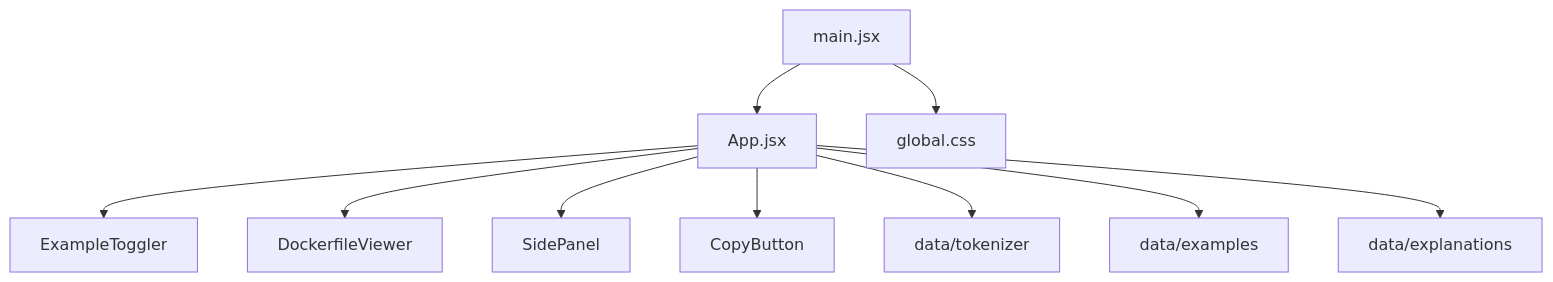
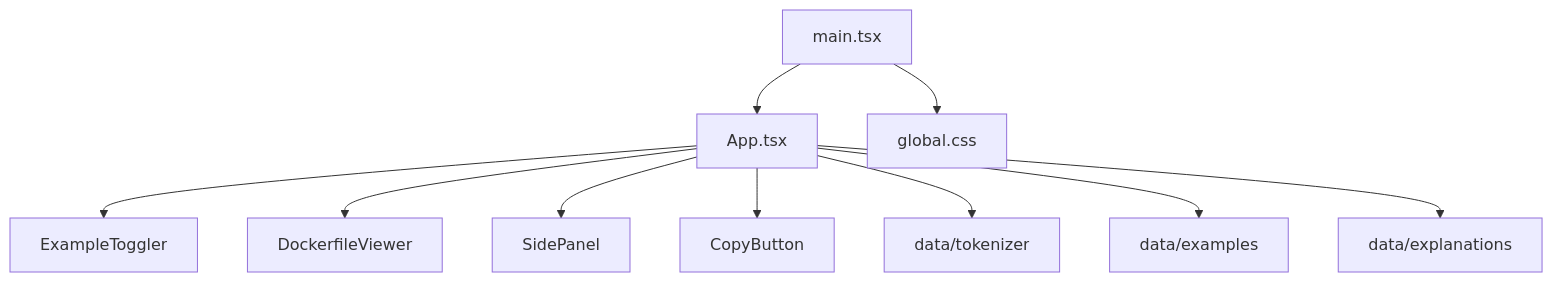
One commit to abraham/dockerfile-pub changed the second of 2 diagrams in docs/specs/site-architecture.md. Above: the diagram before and after it, drawn with Mermaid. The commit also changed other lines of this file and 35 other files, not shown here.

````diff
--- a/docs/specs/site-architecture.md
+++ b/docs/specs/site-architecture.md
@@ -57,12 +57,12 @@
 ```mermaid
 flowchart TD
-  main[main.jsx] --> App[App.jsx]
+  main[main.tsx] --> App[App.tsx]
   main --> gcss[global.css]
   App --> ET[ExampleToggler]
   App --> DV[DockerfileViewer]
   App --> SP[SidePanel]
   App --> CB[CopyButton]
   App --> tok[data/tokenizer]
   App --> ex[data/examples]
   App --> expl[data/explanations]
 ```
````
